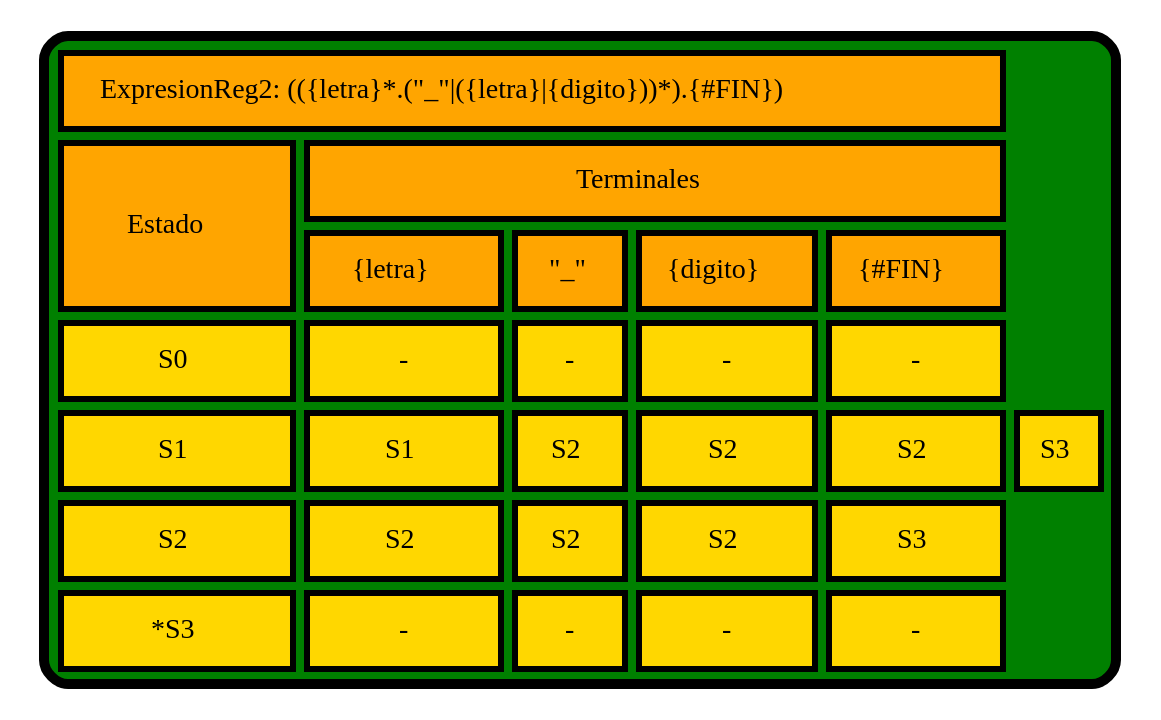
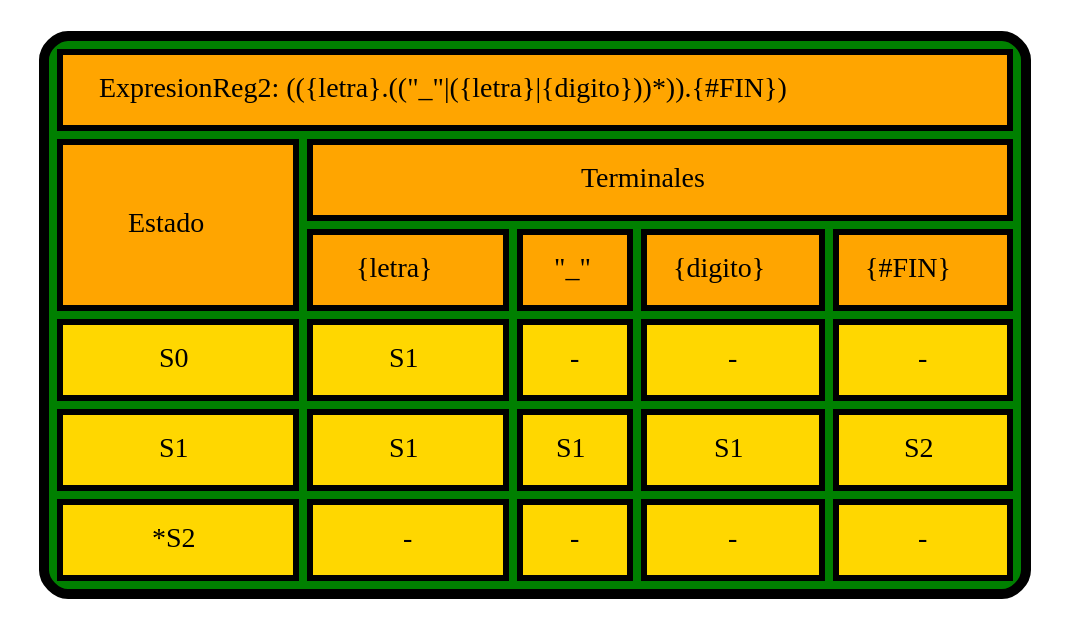
Before and after one commit to PikaGuty/OLC1_Proyecto1_202004765: the diagram in TRANSICIONES_202004765/TablaTrans_ExpresionReg2.dot, drawn with Graphviz. The commit also changed 49 other files, not shown here.

```diff
--- a/TRANSICIONES_202004765/TablaTrans_ExpresionReg2.dot
+++ b/TRANSICIONES_202004765/TablaTrans_ExpresionReg2.dot
@@ -1,45 +1,38 @@
 digraph G { 
 label=<
 <TABLE border="5" cellspacing="4" cellpadding="10" style="rounded" bgcolor="green" gradientangle="315">
 <TR>
-<TD border="3"  colspan="5" bgcolor="orange">ExpresionReg2: (({letra}*.("_"|({letra}|{digito}))*).{#FIN})</TD>
+<TD border="3"  colspan="5" bgcolor="orange">ExpresionReg2: (({letra}.(("_"|({letra}|{digito}))*)).{#FIN})</TD>
 </TR>
 <TR>
 <TD border="3"  rowspan="2" bgcolor="orange">Estado</TD>
 <TD border="3"  colspan="4" bgcolor="orange">Terminales</TD>
 </TR>
 <TR>
 <TD border="3" bgcolor="orange">{letra}</TD>
 <TD border="3" bgcolor="orange">"_"</TD>
 <TD border="3" bgcolor="orange">{digito}</TD>
 <TD border="3" bgcolor="orange">{#FIN}</TD>
 </TR>
 <TR>
-<TD border="3"  bgcolor="gold">S0</TD><TD border="3" bgcolor="gold">-</TD>
+<TD border="3"  bgcolor="gold">S0</TD><TD border="3" bgcolor="gold">S1</TD>
 <TD border="3" bgcolor="gold">-</TD>
 <TD border="3" bgcolor="gold">-</TD>
 <TD border="3" bgcolor="gold">-</TD>
 </TR>
 <TR>
 <TD border="3"  bgcolor="gold">S1</TD><TD border="3" bgcolor="gold">S1</TD>
+<TD border="3" bgcolor="gold">S1</TD>
+<TD border="3" bgcolor="gold">S1</TD>
 <TD border="3" bgcolor="gold">S2</TD>
-<TD border="3" bgcolor="gold">S2</TD>
-<TD border="3" bgcolor="gold">S2</TD>
-<TD border="3" bgcolor="gold">S3</TD>
 </TR>
 <TR>
-<TD border="3"  bgcolor="gold">S2</TD><TD border="3" bgcolor="gold">S2</TD>
-<TD border="3" bgcolor="gold">S2</TD>
-<TD border="3" bgcolor="gold">S2</TD>
-<TD border="3" bgcolor="gold">S3</TD>
-</TR>
-<TR>
-<TD border="3"  bgcolor="gold">*S3</TD><TD border="3" bgcolor="gold">-</TD>
+<TD border="3"  bgcolor="gold">*S2</TD><TD border="3" bgcolor="gold">-</TD>
 <TD border="3" bgcolor="gold">-</TD>
 <TD border="3" bgcolor="gold">-</TD>
 <TD border="3" bgcolor="gold">-</TD>
 </TR>
 </TABLE>>
 
 
 }
```
